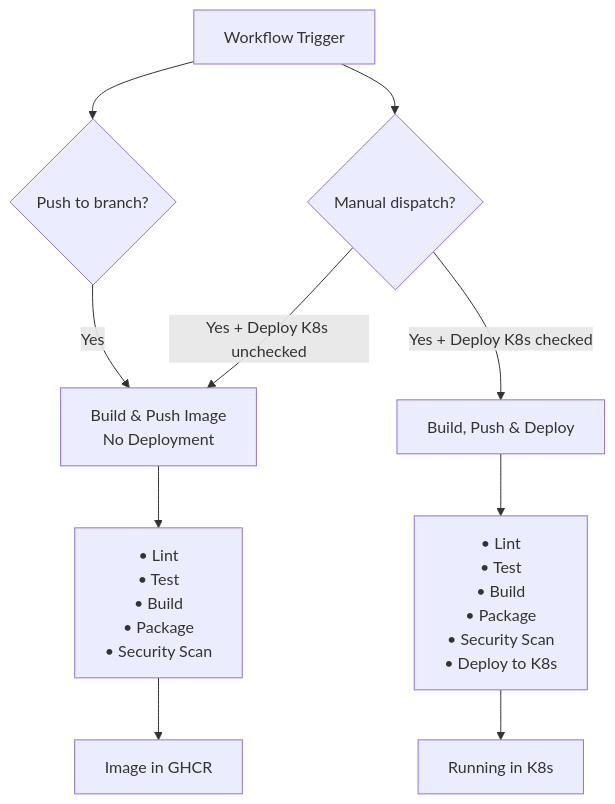
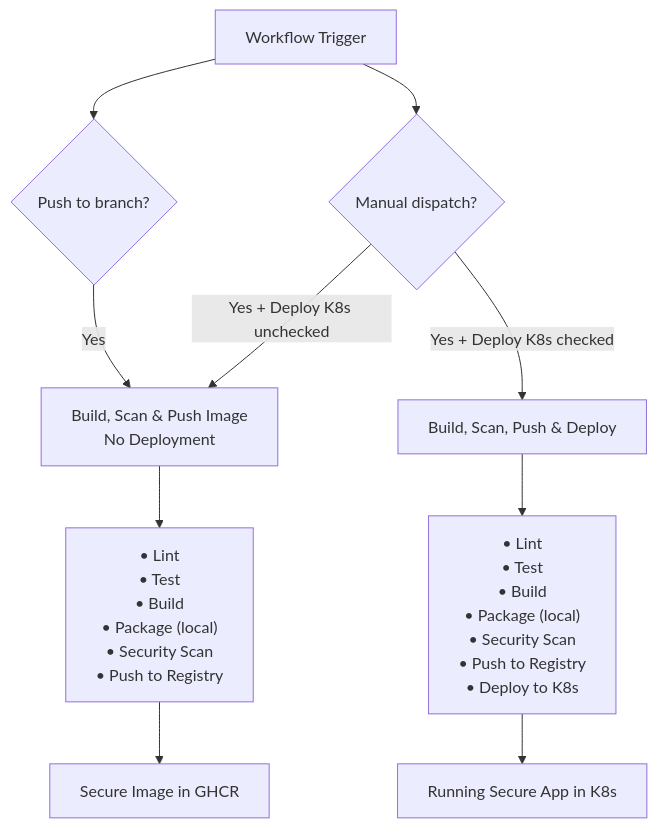
The sixth of 7 diagrams in FLOW.md (altimetrik-digital-enablement-demo-hub/platform-github-actions), drawn with Mermaid before and after one commit. The commit also changed other lines of this file and 1 other file, not shown here.

Commit message:
fix: changed flow - push image to registry after scans

````diff
--- a/FLOW.md
+++ b/FLOW.md
@@ -181,15 +216,15 @@
 ```mermaid
 flowchart TD
     START[Workflow Trigger] --> PUSH_CHECK{Push to branch?}
     START --> DISPATCH_CHECK{Manual dispatch?}
     
-    PUSH_CHECK -->|Yes| BUILD_ONLY["Build & Push Image<br/>No Deployment"]
-    DISPATCH_CHECK -->|Yes + Deploy K8s checked| FULL_DEPLOY["Build, Push & Deploy"]
+    PUSH_CHECK -->|Yes| BUILD_ONLY["Build, Scan & Push Image<br/>No Deployment"]
+    DISPATCH_CHECK -->|Yes + Deploy K8s checked| FULL_DEPLOY["Build, Scan, Push & Deploy"]
     DISPATCH_CHECK -->|Yes + Deploy K8s unchecked| BUILD_ONLY
     
-    BUILD_ONLY --> STEPS1["• Lint<br/>• Test<br/>• Build<br/>• Package<br/>• Security Scan"]
-    FULL_DEPLOY --> STEPS2["• Lint<br/>• Test<br/>• Build<br/>• Package<br/>• Security Scan<br/>• Deploy to K8s"]
+    BUILD_ONLY --> STEPS1["• Lint<br/>• Test<br/>• Build<br/>• Package (local)<br/>• Security Scan<br/>• Push to Registry"]
+    FULL_DEPLOY --> STEPS2["• Lint<br/>• Test<br/>• Build<br/>• Package (local)<br/>• Security Scan<br/>• Push to Registry<br/>• Deploy to K8s"]
     
-    STEPS1 --> END1[Image in GHCR]
-    STEPS2 --> END2[Running in K8s]
+    STEPS1 --> END1[Secure Image in GHCR]
+    STEPS2 --> END2[Running Secure App in K8s]
 ```
````
